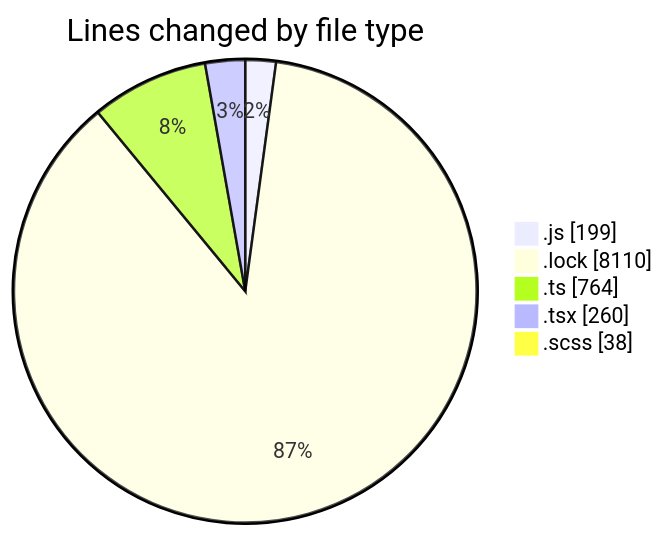
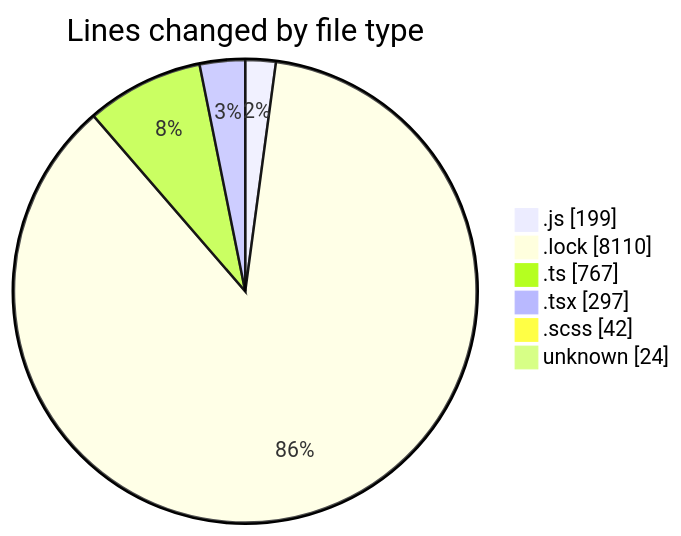
The first of 2 diagrams in 2025-02-07/cda/README.md (momahboobian/code-tracking), drawn with Mermaid before and after one commit. The commit also changed other lines of this file and 1 other file, not shown here.

````diff
--- a/2025-02-07/cda/README.md
+++ b/2025-02-07/cda/README.md
@@ -42,9 +47,10 @@
 ```mermaid
 pie showData
 title Lines changed by file type
 ".js" : 199
 ".lock" : 8110
-".ts" : 764
-".tsx" : 260
-".scss" : 38
+".ts" : 767
+".tsx" : 297
+".scss" : 42
+"unknown" : 24
 ```
````
